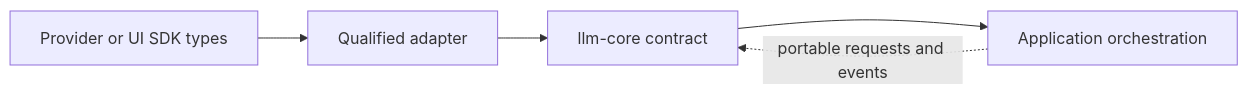
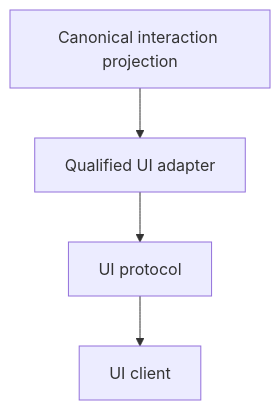
The second of 2 diagrams in docs/adapters/index.md (theGeekist/llm-core), drawn with Mermaid before and after one commit. The commit also changed other lines of this file and 36 other files, not shown here.

Commit message:
docs(llm-core): correct v2 architecture guidance

````diff
--- a/docs/adapters/index.md
+++ b/docs/adapters/index.md
@@ -9,12 +27,11 @@
 ```mermaid
-flowchart LR
-  native["Provider or UI SDK types"]
-  adapter["Qualified adapter"]
-  neutral["llm-core contract"]
-  orchestration["Application orchestration"]
+flowchart TB
+  Interaction["Canonical interaction projection"]
+  UIAdapter["Qualified UI adapter"]
+  Protocol["UI protocol"]
+  Client["UI client"]
 
-  native --> adapter
-  adapter --> neutral
-  neutral --> orchestration
-  orchestration -. "portable requests and events" .-> neutral
+  Interaction --> UIAdapter
+  UIAdapter --> Protocol
+  Protocol --> Client
 ```
````
